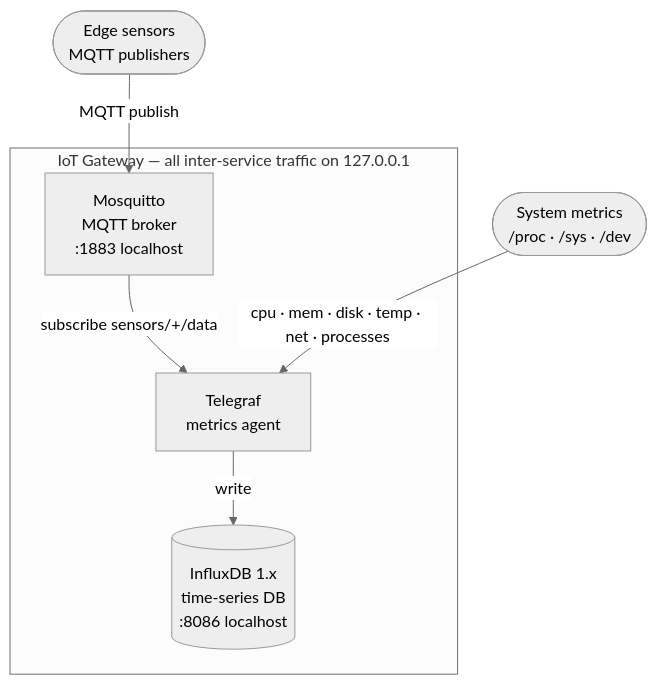
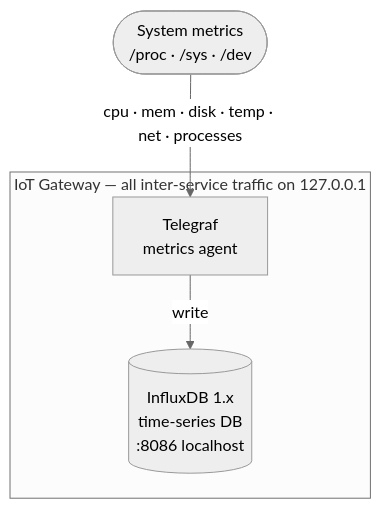
Before and after one commit to umair-as/rpi5-iot-gateway: the first of 2 diagrams in docs/OBSERVABILITY.md, drawn with Mermaid (neutral theme). The commit also changed other lines of this file and 48 other files, not shown here.

````diff
--- a/docs/OBSERVABILITY.md
+++ b/docs/OBSERVABILITY.md
@@ -66,17 +66,13 @@
 ```mermaid
 flowchart TD
-    sensors(["Edge sensors\nMQTT publishers"])
     sysmets(["System metrics\n/proc · /sys · /dev"])
 
     subgraph gw["IoT Gateway — all inter-service traffic on 127.0.0.1"]
-        mosq["Mosquitto\nMQTT broker\n:1883 localhost"]
         tele["Telegraf\nmetrics agent"]
         idb[("InfluxDB 1.x\ntime-series DB\n:8086 localhost")]
 
-        mosq -- "subscribe sensors/+/data" --> tele
         tele -- "write" --> idb
     end
 
-    sensors -- "MQTT publish" --> mosq
     sysmets -- "cpu · mem · disk · temp · net · processes" --> tele
 ```
````
